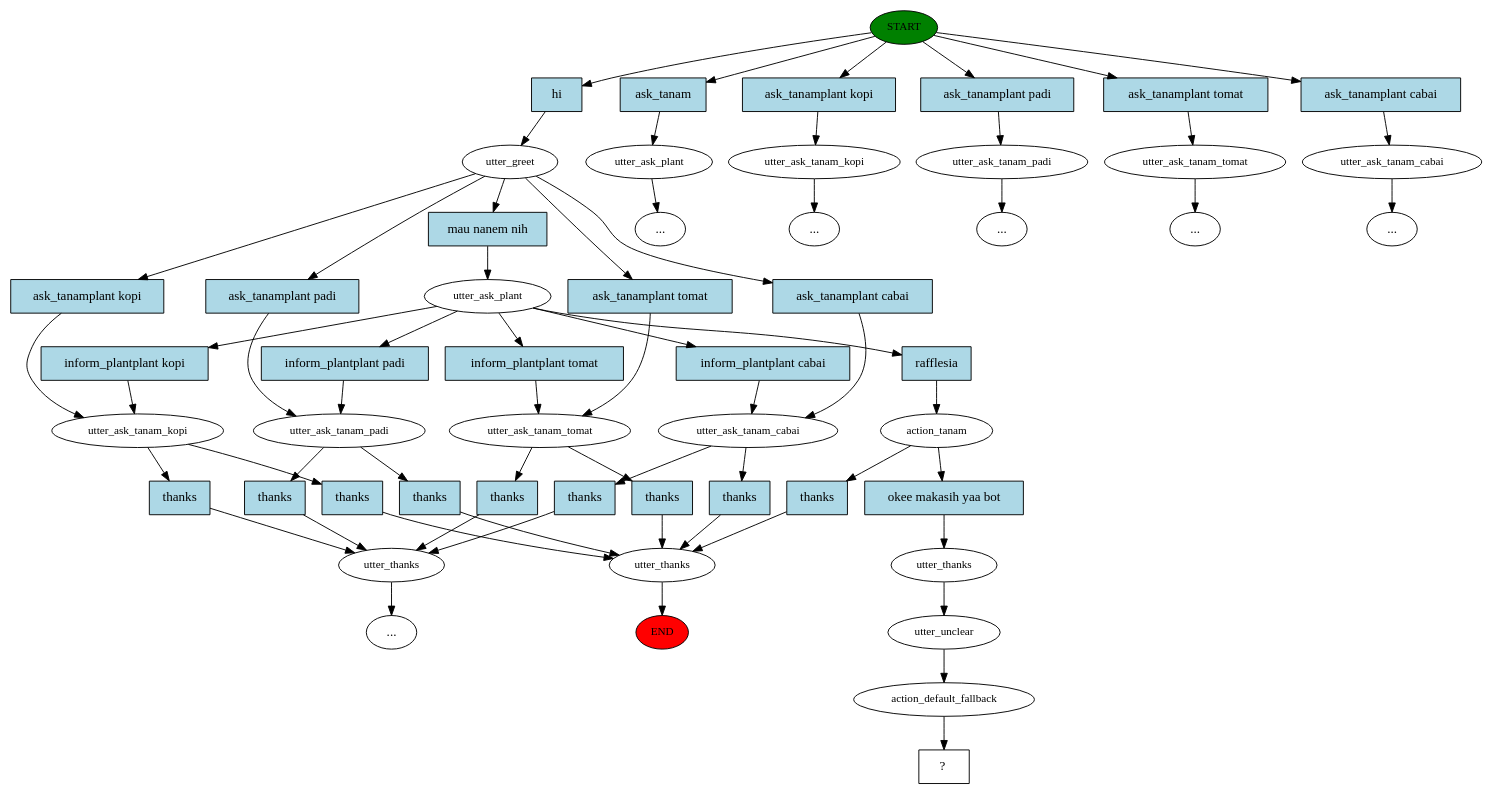
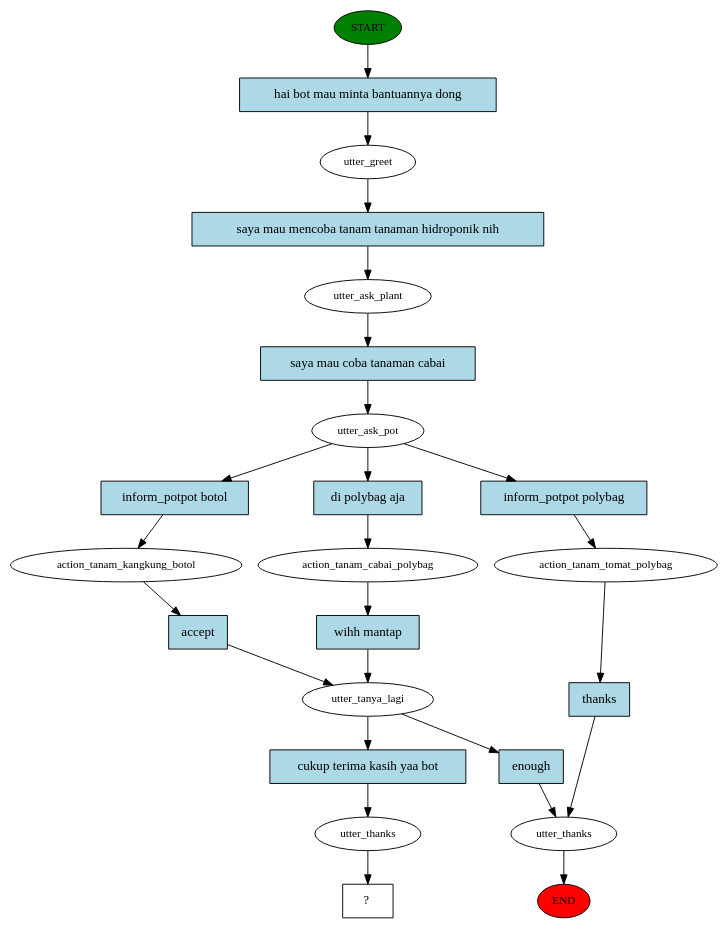
Before and after one commit to naufalmukhbit/Chatbot2019: the diagram in story_graph.dot, drawn with Graphviz. The commit also changed 24 other files, not shown here.

```diff
--- a/story_graph.dot
+++ b/story_graph.dot
@@ -1,116 +1,49 @@
 digraph  {
 0 [class="start active", fillcolor=green, fontsize=12, label=START, style=filled];
 "-1" [class=end, fillcolor=red, fontsize=12, label=END, style=filled];
 1 [class=active, fontsize=12, label=utter_greet];
 2 [class=active, fontsize=12, label=utter_ask_plant];
-3 [class="", fontsize=12, label=utter_ask_tanam_kopi];
-4 [class="", fontsize=12, label=utter_thanks];
-7 [class="", fontsize=12, label=utter_ask_tanam_padi];
-11 [class="", fontsize=12, label=utter_ask_tanam_tomat];
-15 [class="", fontsize=12, label=utter_ask_tanam_cabai];
-19 [class="", fontsize=12, label=utter_thanks];
-"-6" [class=ellipsis, label="..."];
-29 [class="", fontsize=12, label=utter_ask_plant];
-"-10" [class=ellipsis, label="..."];
-33 [class="", fontsize=12, label=utter_ask_tanam_kopi];
-"-11" [class=ellipsis, label="..."];
-34 [class="", fontsize=12, label=utter_ask_tanam_padi];
-"-12" [class=ellipsis, label="..."];
-35 [class="", fontsize=12, label=utter_ask_tanam_tomat];
-"-13" [class=ellipsis, label="..."];
-36 [class="", fontsize=12, label=utter_ask_tanam_cabai];
-"-14" [class=ellipsis, label="..."];
-39 [class=active, fontsize=12, label=action_tanam];
-44 [class=active, fontsize=12, label=utter_thanks];
-45 [class=active, fontsize=12, label=utter_unclear];
-46 [class=active, fontsize=12, label=action_default_fallback];
-47 [class="intent dashed active", label="  ?  ", shape=rect];
-48 [class="intent active", fillcolor=lightblue, label=hi, shape=rect, style=filled];
-49 [class=intent, fillcolor=lightblue, label=ask_tanam, shape=rect, style=filled];
-50 [class=intent, fillcolor=lightblue, label="ask_tanamplant kopi", shape=rect, style=filled];
-51 [class=intent, fillcolor=lightblue, label="ask_tanamplant padi", shape=rect, style=filled];
-52 [class=intent, fillcolor=lightblue, label="ask_tanamplant tomat", shape=rect, style=filled];
-53 [class=intent, fillcolor=lightblue, label="ask_tanamplant cabai", shape=rect, style=filled];
-54 [class="intent active", fillcolor=lightblue, label="mau nanem nih", shape=rect, style=filled];
-55 [class=intent, fillcolor=lightblue, label="ask_tanamplant kopi", shape=rect, style=filled];
-56 [class=intent, fillcolor=lightblue, label="ask_tanamplant padi", shape=rect, style=filled];
-57 [class=intent, fillcolor=lightblue, label="ask_tanamplant tomat", shape=rect, style=filled];
-58 [class=intent, fillcolor=lightblue, label="ask_tanamplant cabai", shape=rect, style=filled];
-59 [class=intent, fillcolor=lightblue, label="inform_plantplant kopi", shape=rect, style=filled];
-60 [class=intent, fillcolor=lightblue, label="inform_plantplant padi", shape=rect, style=filled];
-61 [class=intent, fillcolor=lightblue, label="inform_plantplant tomat", shape=rect, style=filled];
-62 [class=intent, fillcolor=lightblue, label="inform_plantplant cabai", shape=rect, style=filled];
-63 [class="intent active", fillcolor=lightblue, label=rafflesia, shape=rect, style=filled];
-64 [class=intent, fillcolor=lightblue, label=thanks, shape=rect, style=filled];
-65 [class=intent, fillcolor=lightblue, label=thanks, shape=rect, style=filled];
-66 [class=intent, fillcolor=lightblue, label=thanks, shape=rect, style=filled];
-67 [class=intent, fillcolor=lightblue, label=thanks, shape=rect, style=filled];
-68 [class=intent, fillcolor=lightblue, label=thanks, shape=rect, style=filled];
-69 [class=intent, fillcolor=lightblue, label=thanks, shape=rect, style=filled];
-70 [class=intent, fillcolor=lightblue, label=thanks, shape=rect, style=filled];
-71 [class=intent, fillcolor=lightblue, label=thanks, shape=rect, style=filled];
-72 [class=intent, fillcolor=lightblue, label=thanks, shape=rect, style=filled];
-73 [class="intent active", fillcolor=lightblue, label="okee makasih yaa bot", shape=rect, style=filled];
-0 -> 48  [class=active, key=0];
-0 -> 49  [class="", key=0];
-0 -> 50  [class="", key=0];
-0 -> 51  [class="", key=0];
-0 -> 52  [class="", key=0];
-0 -> 53  [class="", key=0];
-1 -> 54  [class=active, key=0];
-1 -> 55  [class="", key=0];
-1 -> 56  [class="", key=0];
-1 -> 57  [class="", key=0];
-1 -> 58  [class="", key=0];
-2 -> 59  [class="", key=0];
-2 -> 60  [class="", key=0];
-2 -> 61  [class="", key=0];
-2 -> 62  [class="", key=0];
-2 -> 63  [class=active, key=0];
-3 -> 64  [class="", key=0];
-3 -> 65  [class="", key=0];
-4 -> "-1"  [class="", key=NONE, label=""];
-7 -> 66  [class="", key=0];
-7 -> 67  [class="", key=0];
-11 -> 68  [class="", key=0];
-11 -> 69  [class="", key=0];
-15 -> 70  [class="", key=0];
-15 -> 71  [class="", key=0];
-19 -> "-6"  [class="", key=NONE, label=""];
-29 -> "-10"  [class="", key=NONE, label=""];
-33 -> "-11"  [class="", key=NONE, label=""];
-34 -> "-12"  [class="", key=NONE, label=""];
-35 -> "-13"  [class="", key=NONE, label=""];
-36 -> "-14"  [class="", key=NONE, label=""];
-39 -> 72  [class="", key=0];
-39 -> 73  [class=active, key=0];
-44 -> 45  [class=active, key=NONE, label=""];
-45 -> 46  [class=active, key=NONE, label=""];
-46 -> 47  [class=active, key=NONE, label=""];
-48 -> 1  [class=active, key=0];
-49 -> 29  [class="", key=0];
-50 -> 33  [class="", key=0];
-51 -> 34  [class="", key=0];
-52 -> 35  [class="", key=0];
-53 -> 36  [class="", key=0];
-54 -> 2  [class=active, key=0];
-55 -> 3  [class="", key=0];
-56 -> 7  [class="", key=0];
-57 -> 11  [class="", key=0];
-58 -> 15  [class="", key=0];
-59 -> 3  [class="", key=0];
-60 -> 7  [class="", key=0];
-61 -> 11  [class="", key=0];
-62 -> 15  [class="", key=0];
-63 -> 39  [class=active, key=0];
-64 -> 4  [class="", key=0];
-65 -> 19  [class="", key=0];
-66 -> 4  [class="", key=0];
-67 -> 19  [class="", key=0];
-68 -> 4  [class="", key=0];
-69 -> 19  [class="", key=0];
-70 -> 4  [class="", key=0];
-71 -> 19  [class="", key=0];
-72 -> 4  [class="", key=0];
-73 -> 44  [class=active, key=0];
+3 [class=active, fontsize=12, label=utter_ask_pot];
+4 [class="", fontsize=12, label=action_tanam_kangkung_botol];
+5 [class=active, fontsize=12, label=utter_tanya_lagi];
+6 [class="", fontsize=12, label=utter_thanks];
+10 [class="", fontsize=12, label=action_tanam_tomat_polybag];
+15 [class=active, fontsize=12, label=action_tanam_cabai_polybag];
+17 [class=active, fontsize=12, label=utter_thanks];
+18 [class="intent dashed active", label="  ?  ", shape=rect];
+19 [class="intent active", fillcolor=lightblue, label="hai bot mau minta bantuannya dong", shape=rect, style=filled];
+20 [class="intent active", fillcolor=lightblue, label="saya mau mencoba tanam tanaman hidroponik nih", shape=rect, style=filled];
+21 [class="intent active", fillcolor=lightblue, label="saya mau coba tanaman cabai", shape=rect, style=filled];
+22 [class=intent, fillcolor=lightblue, label="inform_potpot botol", shape=rect, style=filled];
+23 [class=intent, fillcolor=lightblue, label="inform_potpot polybag", shape=rect, style=filled];
+24 [class="intent active", fillcolor=lightblue, label="di polybag aja", shape=rect, style=filled];
+25 [class=intent, fillcolor=lightblue, label=accept, shape=rect, style=filled];
+26 [class=intent, fillcolor=lightblue, label=enough, shape=rect, style=filled];
+27 [class="intent active", fillcolor=lightblue, label="cukup terima kasih yaa bot", shape=rect, style=filled];
+28 [class=intent, fillcolor=lightblue, label=thanks, shape=rect, style=filled];
+29 [class="intent active", fillcolor=lightblue, label="wihh mantap", shape=rect, style=filled];
+0 -> 19  [class=active, key=0];
+1 -> 20  [class=active, key=0];
+2 -> 21  [class=active, key=0];
+3 -> 22  [class="", key=0];
+3 -> 23  [class="", key=0];
+3 -> 24  [class=active, key=0];
+4 -> 25  [class="", key=0];
+5 -> 26  [class="", key=0];
+5 -> 27  [class=active, key=0];
+6 -> "-1"  [class="", key=NONE, label=""];
+10 -> 28  [class="", key=0];
+15 -> 29  [class=active, key=0];
+17 -> 18  [class=active, key=NONE, label=""];
+19 -> 1  [class=active, key=0];
+20 -> 2  [class=active, key=0];
+21 -> 3  [class=active, key=0];
+22 -> 4  [class="", key=0];
+23 -> 10  [class="", key=0];
+24 -> 15  [class=active, key=0];
+25 -> 5  [class="", key=0];
+26 -> 6  [class="", key=0];
+27 -> 17  [class=active, key=0];
+28 -> 6  [class="", key=0];
+29 -> 5  [class=active, key=0];
 }
```
